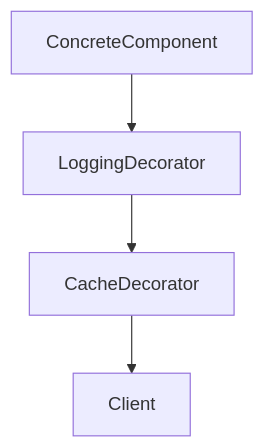
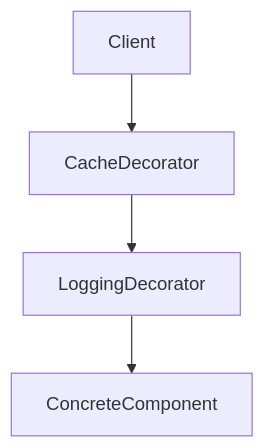
The fourth of 4 diagrams in Decorator/README.md (SamuelLnds/LandaisSamuel_TP_DesignPatterns), drawn with Mermaid before and after one commit. The commit also changed 7 other files, not shown here.

````diff
--- a/Decorator/README.md
+++ b/Decorator/README.md
@@ -80,6 +80,6 @@
 ```mermaid
 graph TD
-	ConcreteComponent --> LoggingDecorator
-	LoggingDecorator --> CacheDecorator
-	CacheDecorator --> Client
+    Client --> CacheDecorator
+    CacheDecorator --> LoggingDecorator
+    LoggingDecorator --> ConcreteComponent
 ```
````
